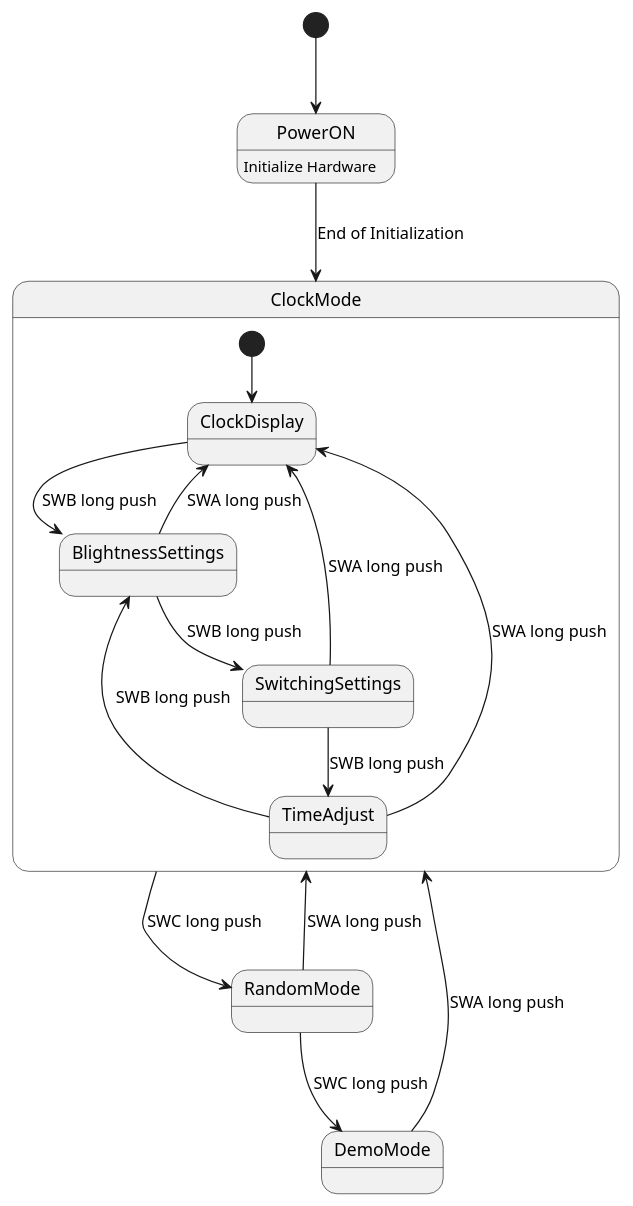
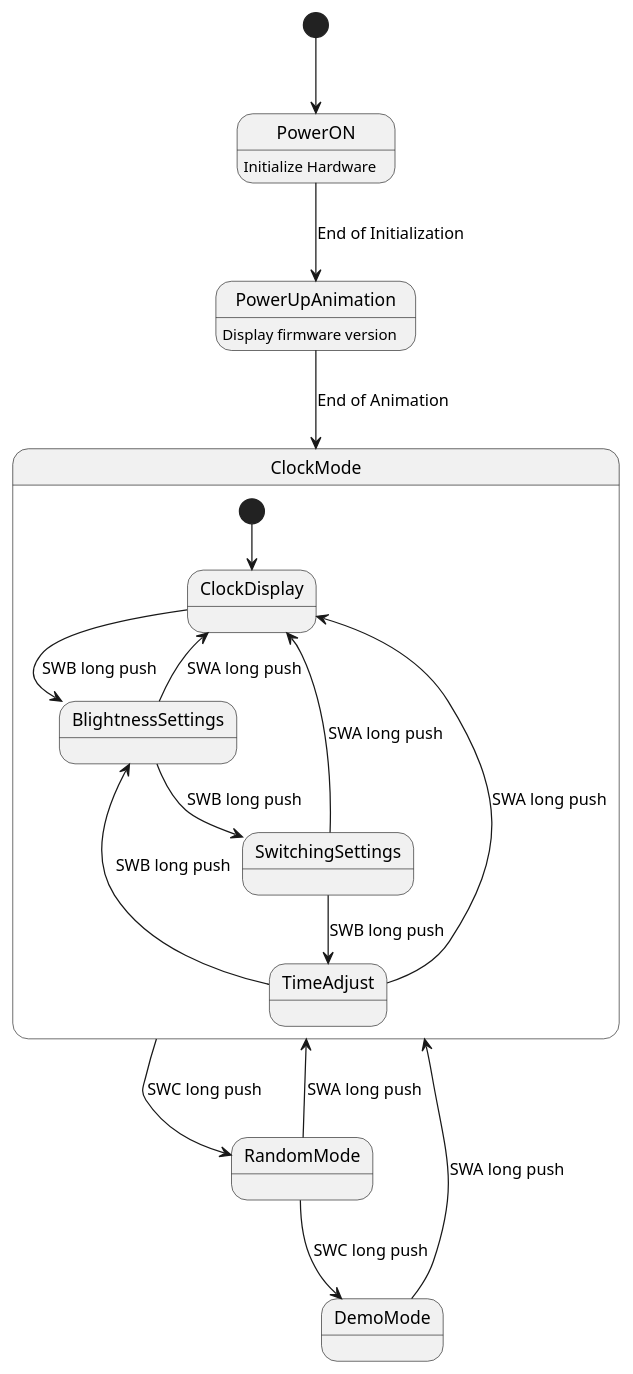
Before and after one commit to jp7dki/oenxc-6: the diagram in oenxc-6.pu, drawn with PlantUML. The commit also changed 2 other files, not shown here.

```diff
--- a/oenxc-6.pu
+++ b/oenxc-6.pu
@@ -1,33 +1,35 @@
 @startuml
 ' 電源ONから初期化を開始
 ' 初期化後は時計表示
 [*] --> PowerON
-PowerON --> ClockMode : End of Initialization
+PowerON --> PowerUpAnimation : End of Initialization
 PowerON : Initialize Hardware
+PowerUpAnimation --> ClockMode : End of Animation
+PowerUpAnimation : Display firmware version
 
 ' どのモードからでもSWAを押すことで時計表示モード(ClockMode)に戻れるように設計する
 ' モードの説明
 '   - ClockMode : 時計表示。現在時刻を表示する
 '　   - BlightnessSettings : 明るさの調整。全体と個別の桁を調整
 ' 　  - SwitchingSettings : 時計表示の数値切り替えの設定
 '  　 - TimeAdjust : 時間の調整。手動時刻合わせ
 '   - RandomMode : 数値のランダム表示
 '   - DemoMode : 任意の数値表示
 
 state ClockMode {
     [*] --> ClockDisplay
     ClockDisplay --> BlightnessSettings : SWB long push
     BlightnessSettings --> ClockDisplay : SWA long push
     BlightnessSettings --> SwitchingSettings : SWB long push
     SwitchingSettings --> TimeAdjust : SWB long push
     SwitchingSettings --> ClockDisplay : SWA long push
     TimeAdjust --> BlightnessSettings : SWB long push
     TimeAdjust --> ClockDisplay : SWA long push
 }
 
 ClockMode --> RandomMode : SWC long push
 RandomMode --> DemoMode : SWC long push
 RandomMode --> ClockMode : SWA long push
 DemoMode --> ClockMode : SWA long push
 
 @enduml
```
